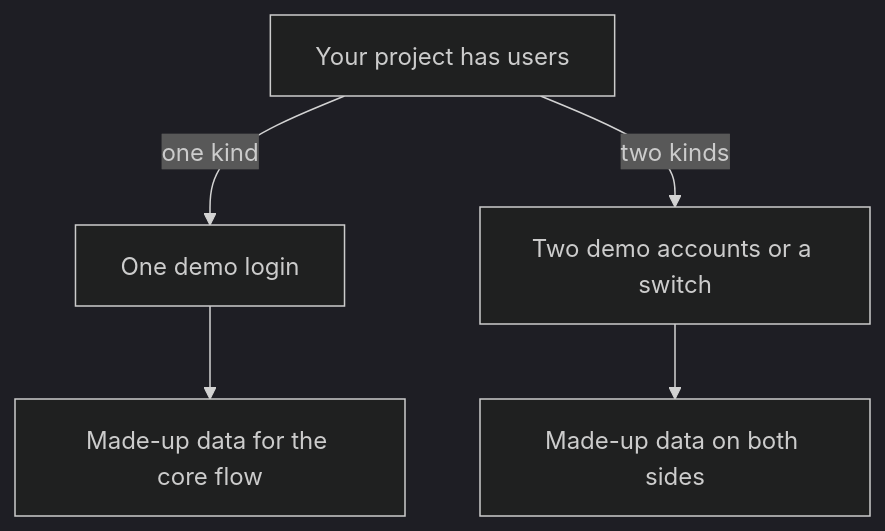
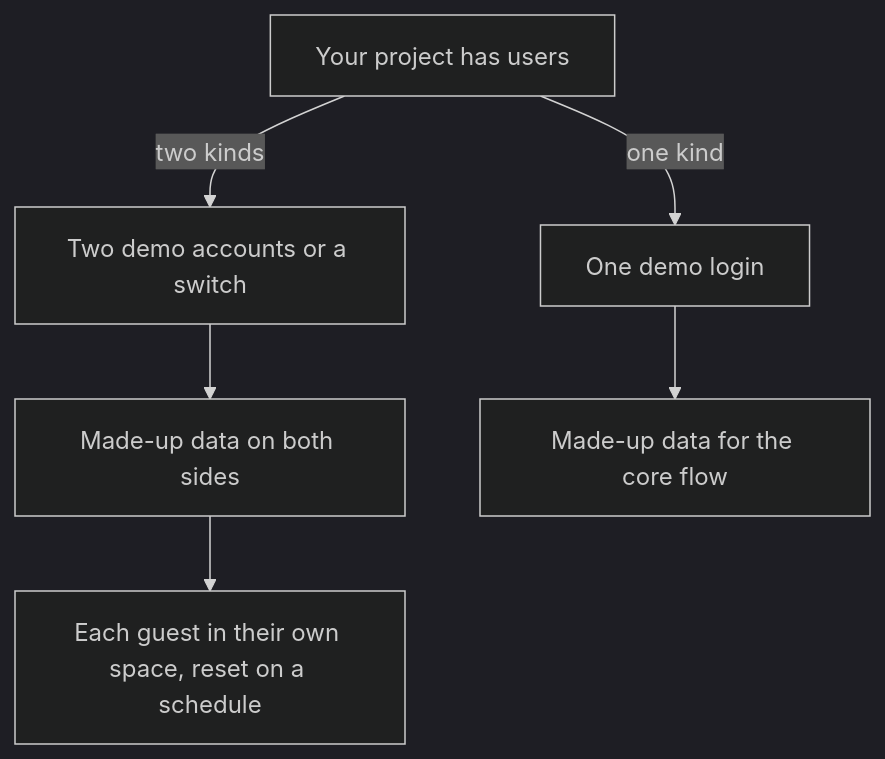
Before and after one commit to devweekends/Buildment: the diagram in courses/founder-interviews/05-your-best-technical-work/05.07-a-demo-they-can-open.md, drawn with Mermaid (dark theme). The commit also changed other lines of this file and 17 other files, not shown here.

````diff
--- a/courses/founder-interviews/05-your-best-technical-work/05.07-a-demo-they-can-open.md
+++ b/courses/founder-interviews/05-your-best-technical-work/05.07-a-demo-they-can-open.md
@@ -71,7 +77,8 @@
 ```mermaid
 flowchart TD
   A["Your project has users"] -->|"one kind"| B["One demo login"]
   A -->|"two kinds"| C["Two demo accounts or a switch"]
   C --> D["Made-up data on both sides"]
+  D --> F["Each guest in their own space, reset on a schedule"]
   B --> E["Made-up data for the core flow"]
 ```
````
